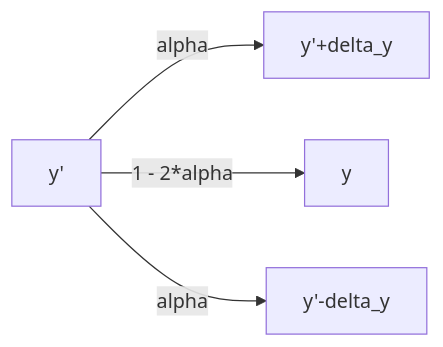
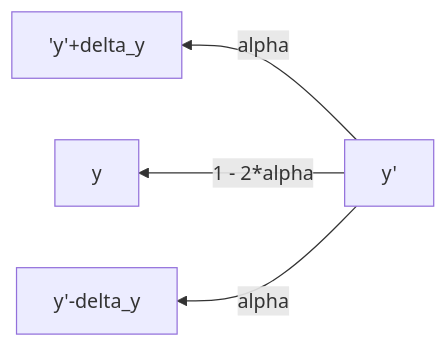
One commit to fderyckel/fderyckel.github.io changed the fourth of 4 diagrams in posts/binomials_models/index.qmd. Above: the diagram before and after it, drawn with Mermaid. The commit also changed 9 other files, not shown here.

````diff
--- a/posts/binomials_models/index.qmd
+++ b/posts/binomials_models/index.qmd
@@ -199,6 +199,6 @@
 ```{mermaid}
-flowchart LR
-  y' -- alpha --> y'+delta_y
+flowchart RL
+  y' -- alpha --> 'y'+delta_y
   y' -- 1 - 2*alpha --> y
   y' -- alpha --> y'-delta_y
 ```
````
